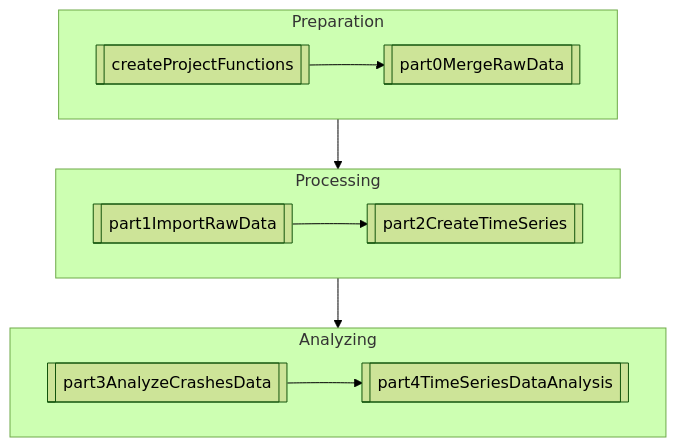
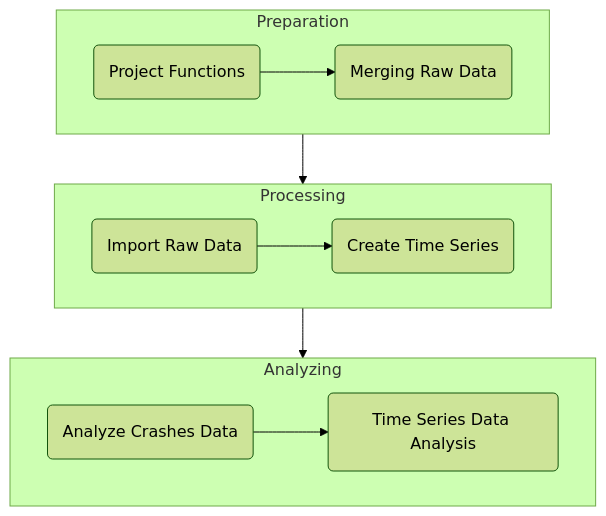
One commit to ktalexan/OCSWITRS changed the diagram in scripts/rScripts/README.md. Above: the diagram before and after it, drawn with Mermaid (forest theme). The commit also changed other lines of this file, not shown here.

Commit message:
Update README.md to enhance the mermaid diagram for script execution sequence and improve clarity on script interdependencies

````diff
--- a/scripts/rScripts/README.md
+++ b/scripts/rScripts/README.md
@@ -14,15 +16,14 @@
 ```mermaid
 flowchart TB
    a & b & c & d & e & f
    subgraph Preparation
-   a[["createProjectFunctions"]] --> b[["part0MergeRawData"]]
+   a("Project Functions") --> b("Merging Raw Data")
    end
    subgraph Processing
-   c[["part1ImportRawData"]] --> d[["part2CreateTimeSeries"]]
+   c("Import Raw Data") --> d("Create Time Series")
    end
    subgraph Analyzing
-   e[["part3AnalyzeCrashesData"]] -->f[["part4TimeSeriesDataAnalysis"]]
+   e("Analyze Crashes Data") -->f("Time Series Data Analysis")
    end
    Preparation --> Processing --> Analyzing
-
 ```
````
